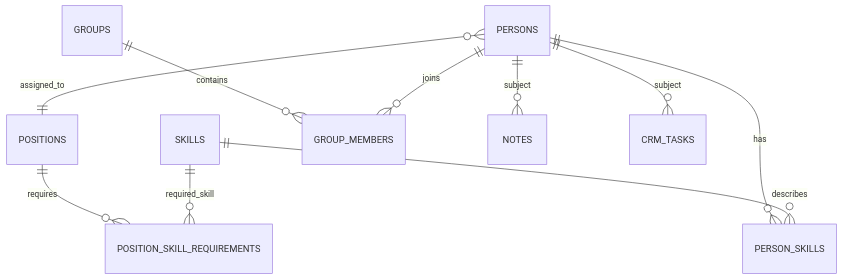
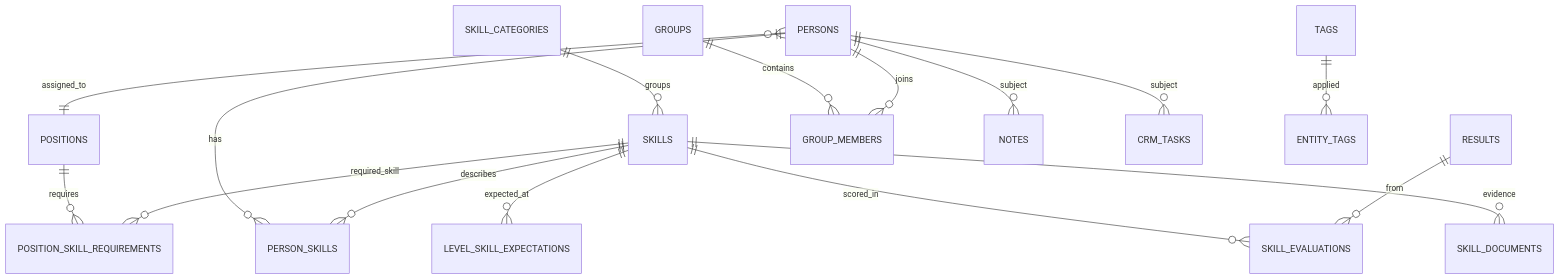
Before and after one commit to DatTran26/ITBA_PRO: the diagram in docs/_reverse/talent-and-crm/erd.md, drawn with Mermaid. The commit also changed 15 other files, not shown here.

First line of the commit message:
docs(schema): align inventory with live supabase

````diff
--- a/docs/_reverse/talent-and-crm/erd.md
+++ b/docs/_reverse/talent-and-crm/erd.md
@@ -3,12 +3,18 @@
 ```mermaid
 erDiagram
     PERSONS }o--|| POSITIONS : assigned_to
     PERSONS ||--o{ PERSON_SKILLS : has
     SKILLS ||--o{ PERSON_SKILLS : describes
     POSITIONS ||--o{ POSITION_SKILL_REQUIREMENTS : requires
     SKILLS ||--o{ POSITION_SKILL_REQUIREMENTS : required_skill
+    SKILL_CATEGORIES ||--o{ SKILLS : groups
+    SKILLS ||--o{ LEVEL_SKILL_EXPECTATIONS : expected_at
+    SKILLS ||--o{ SKILL_EVALUATIONS : scored_in
+    RESULTS ||--o{ SKILL_EVALUATIONS : from
     GROUPS ||--o{ GROUP_MEMBERS : contains
     PERSONS ||--o{ GROUP_MEMBERS : joins
     PERSONS ||--o{ NOTES : subject
     PERSONS ||--o{ CRM_TASKS : subject
+    TAGS ||--o{ ENTITY_TAGS : applied
+    SKILLS ||--o{ SKILL_DOCUMENTS : evidence
 ```
````
